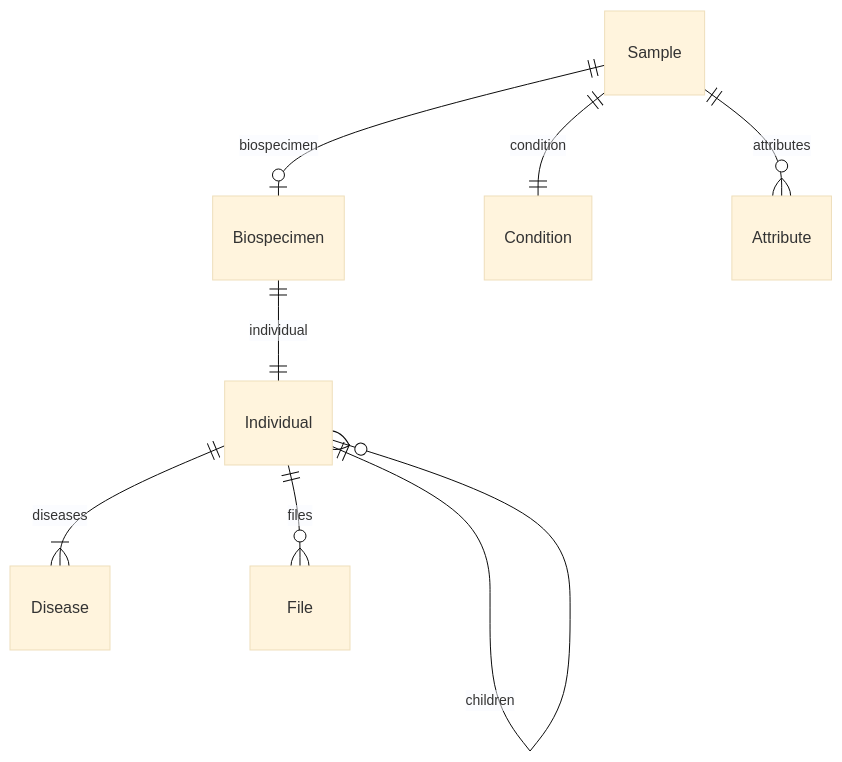
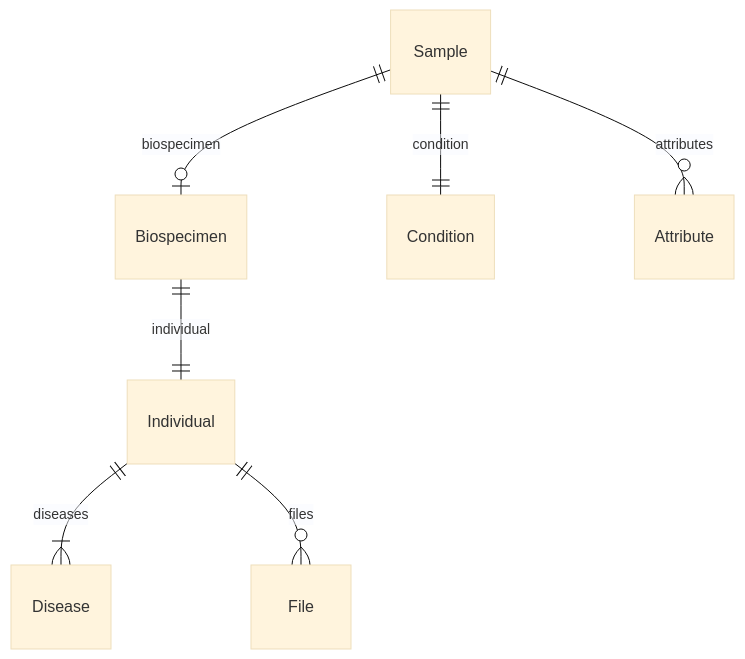
The second of 7 diagrams in docs/entity_relations.md (ghga-de/ghga-metadata-schema), drawn with Mermaid (base theme) before and after one commit. The commit also changed other lines of this file and 25 other files, not shown here.

First line of the commit message:
Remodel parents / children through Trio class (#109)

````diff
--- a/docs/entity_relations.md
+++ b/docs/entity_relations.md
@@ -156,22 +154,20 @@
 ```mermaid
 erDiagram
 Individual {
 
 }
 Biospecimen {
 
 }
 Sample {
 
 }
 
-Individual ||--}o Individual : "parents"
-Individual ||--}o Individual : "children"
 Individual ||--}| Disease : "diseases"
 Individual ||--}o File : "files"
 Biospecimen ||--|| Individual : "individual"
 Sample ||--|o Biospecimen : "biospecimen"
 Sample ||--|| Condition : "condition"
 Sample ||--}o Attribute : "attributes"
 
 ```
````
